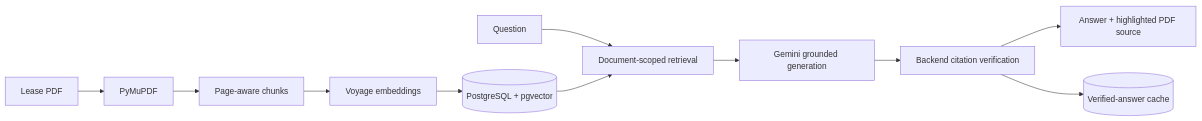
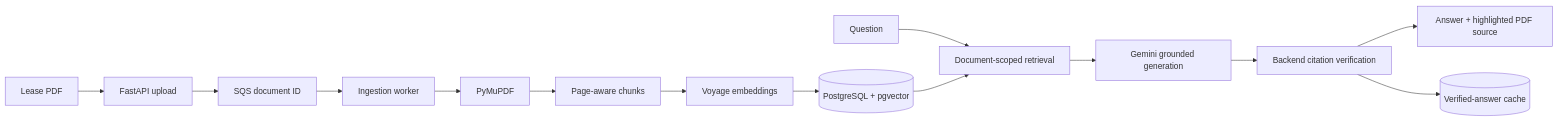
One commit to joshvsingh2901/Know-Your-Lease changed the diagram in README.md. Above: the diagram before and after it, drawn with Mermaid. The commit also changed other lines of this file and 23 other files, not shown here.

Commit message:
add SQS ingestion queue and worker foundation

````diff
--- a/README.md
+++ b/README.md
@@ -48,14 +50,17 @@
 ```mermaid
 flowchart LR
-    PDF[Lease PDF] --> EXTRACT[PyMuPDF]
+    PDF[Lease PDF] --> API[FastAPI upload]
+    API --> QUEUE[SQS document ID]
+    QUEUE --> WORKER[Ingestion worker]
+    WORKER --> EXTRACT[PyMuPDF]
     EXTRACT --> CHUNKS[Page-aware chunks]
     CHUNKS --> EMBED[Voyage embeddings]
     EMBED --> PG[(PostgreSQL + pgvector)]
 
     QUESTION[Question] --> RETRIEVE[Document-scoped retrieval]
     PG --> RETRIEVE
     RETRIEVE --> GEMINI[Gemini grounded generation]
     GEMINI --> VERIFY[Backend citation verification]
     VERIFY --> RESULT[Answer + highlighted PDF source]
     VERIFY --> CACHE[(Verified-answer cache)]
 ```
````
